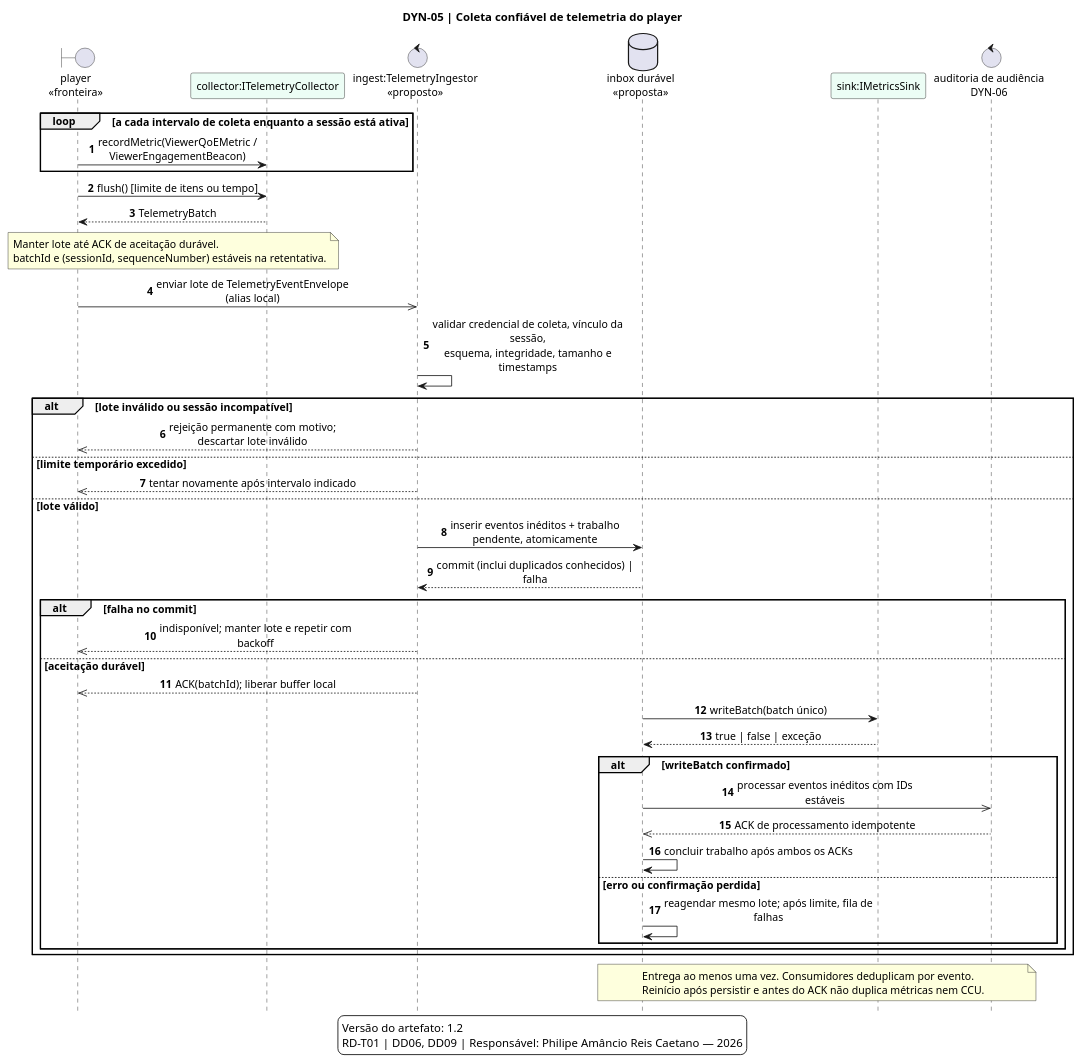
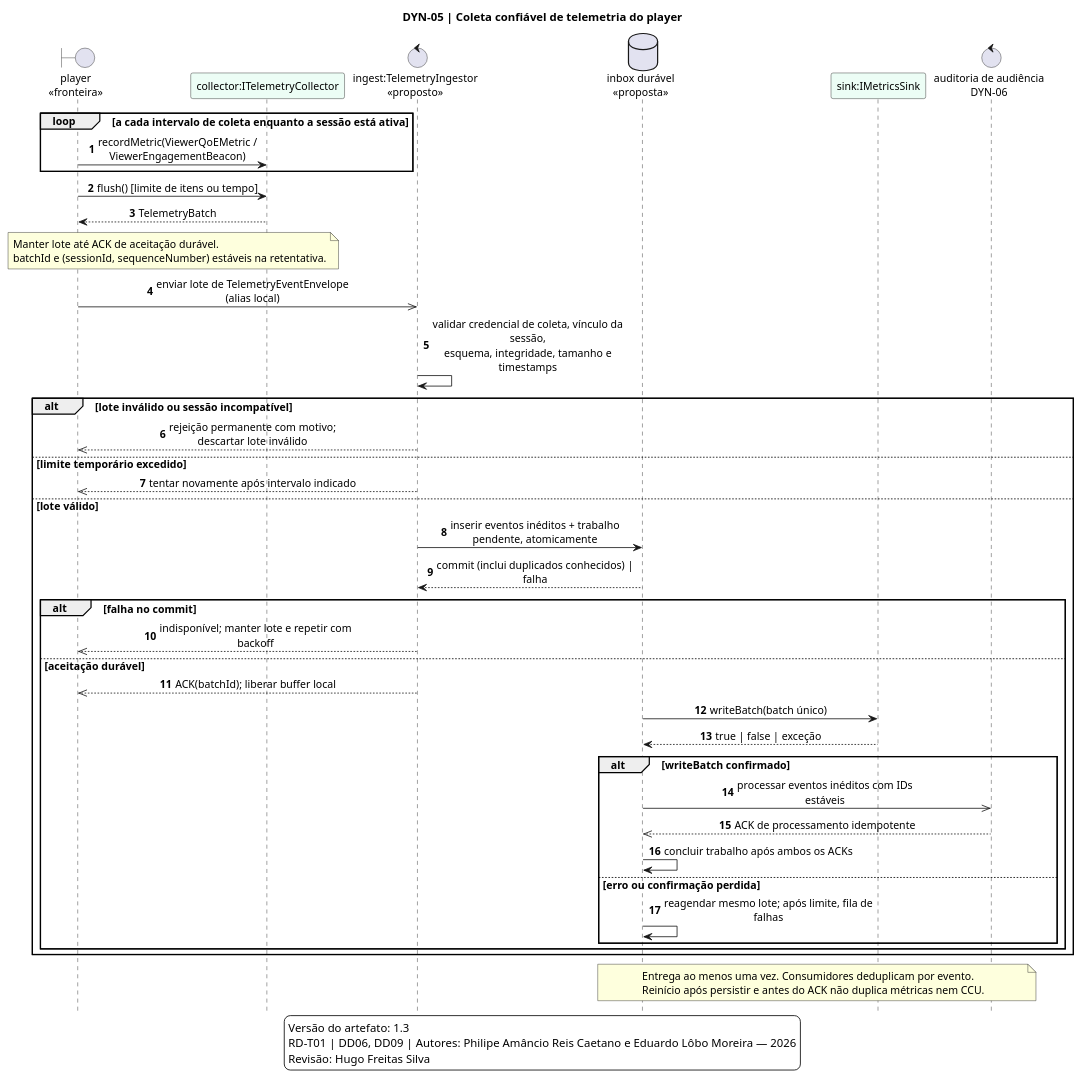
One commit to UnBArqDsw2026-2-Turma01/2026.2-T01-_G6_ProjetoStreamingVideo_Entrega_02 changed the diagram in docs/Base/Relatórios/1.1.3.SubEquipe_03/assets/src/dyn-05-sequencia-telemetria.puml. Above: the diagram before and after it, drawn with PlantUML. The commit also changed 23 other files, not shown here.

```diff
--- a/docs/Base/Relatórios/1.1.3.SubEquipe_03/assets/src/dyn-05-sequencia-telemetria.puml
+++ b/docs/Base/Relatórios/1.1.3.SubEquipe_03/assets/src/dyn-05-sequencia-telemetria.puml
@@ -1,59 +1,60 @@
 @startuml
 title DYN-05 | Coleta confiável de telemetria do player
 skinparam defaultFontName Arial
 skinparam backgroundColor #FFFFFF
 skinparam defaultFontSize 13
 skinparam shadowing false
 skinparam maxMessageSize 260
 skinparam sequenceMessageAlign center
 skinparam ParticipantBackgroundColor #ECFDF5
 hide footbox
 autonumber
 boundary "player\n«fronteira»" as P
 participant "collector:ITelemetryCollector" as C
 control "ingest:TelemetryIngestor\n«proposto»" as I
 database "inbox durável\n«proposta»" as Q
 participant "sink:IMetricsSink" as S
 control "auditoria de audiência\nDYN-06" as A
 loop a cada intervalo de coleta enquanto a sessão está ativa
   P -> C : recordMetric(ViewerQoEMetric / ViewerEngagementBeacon)
 end
 P -> C : flush() [limite de itens ou tempo]
 C --> P : TelemetryBatch
 note over P,C
   Manter lote até ACK de aceitação durável.
   batchId e (sessionId, sequenceNumber) estáveis na retentativa.
 end note
 P ->> I : enviar lote de TelemetryEventEnvelope (alias local)
 I -> I : validar credencial de coleta, vínculo da sessão,\nesquema, integridade, tamanho e timestamps
 alt lote inválido ou sessão incompatível
   I -->> P : rejeição permanente com motivo; descartar lote inválido
 else limite temporário excedido
   I -->> P : tentar novamente após intervalo indicado
 else lote válido
   I -> Q : inserir eventos inéditos + trabalho pendente, atomicamente
   Q --> I : commit (inclui duplicados conhecidos) | falha
   alt falha no commit
     I -->> P : indisponível; manter lote e repetir com backoff
   else aceitação durável
     I -->> P : ACK(batchId); liberar buffer local
     Q -> S : writeBatch(batch único)
     S --> Q : true | false | exceção
     alt writeBatch confirmado
       Q ->> A : processar eventos inéditos com IDs estáveis
       A -->> Q : ACK de processamento idempotente
       Q -> Q : concluir trabalho após ambos os ACKs
     else erro ou confirmação perdida
       Q -> Q : reagendar mesmo lote; após limite, fila de falhas
     end
   end
 end
 note over Q,A
   Entrega ao menos uma vez. Consumidores deduplicam por evento.
   Reinício após persistir e antes do ACK não duplica métricas nem CCU.
 end note
 legend bottom
-  Versão do artefato: 1.2
-  RD-T01 | DD06, DD09 | Responsável: Philipe Amâncio Reis Caetano — 2026
+  Versão do artefato: 1.3
+  RD-T01 | DD06, DD09 | Autores: Philipe Amâncio Reis Caetano e Eduardo Lôbo Moreira — 2026
+  Revisão: Hugo Freitas Silva
 endlegend
 @enduml
```
